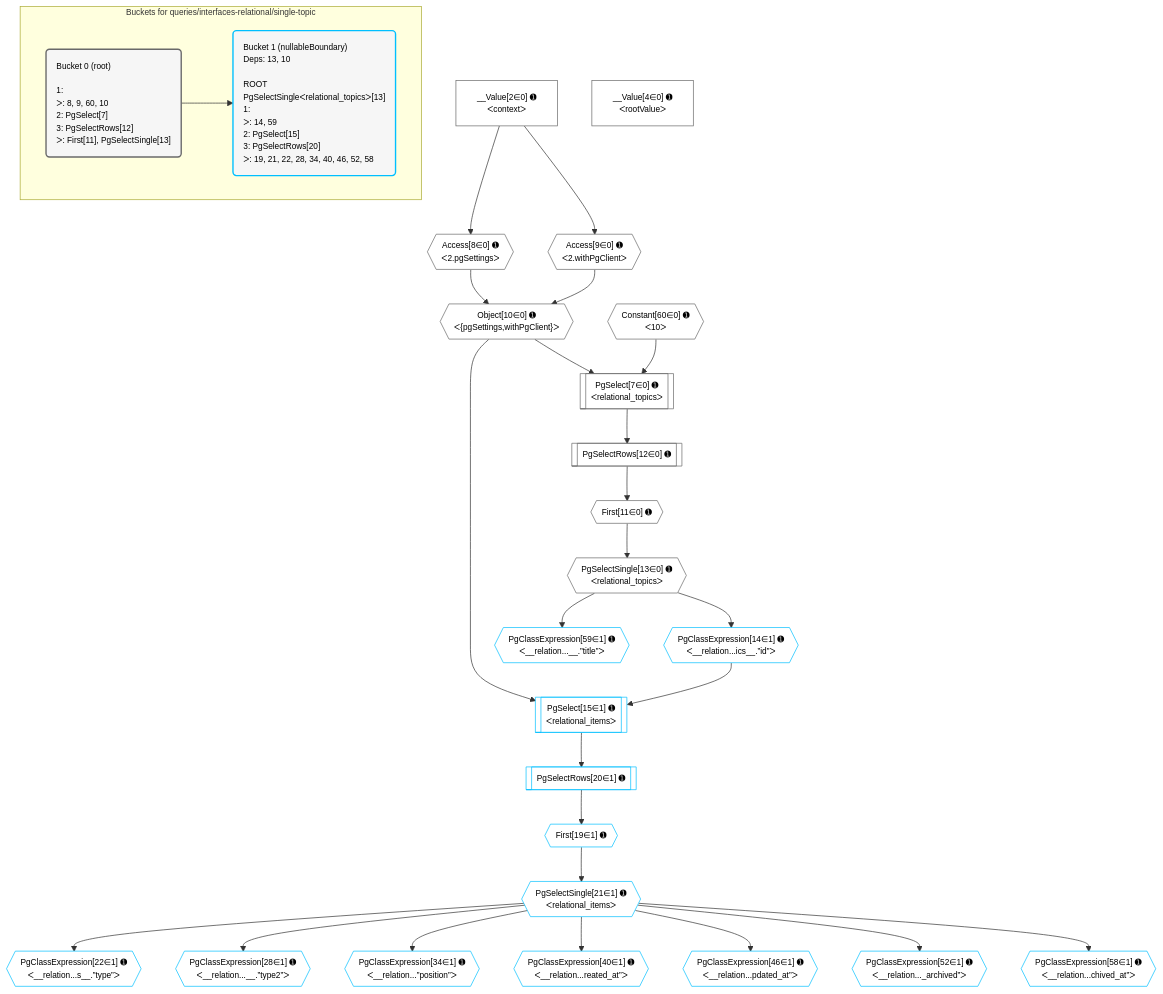
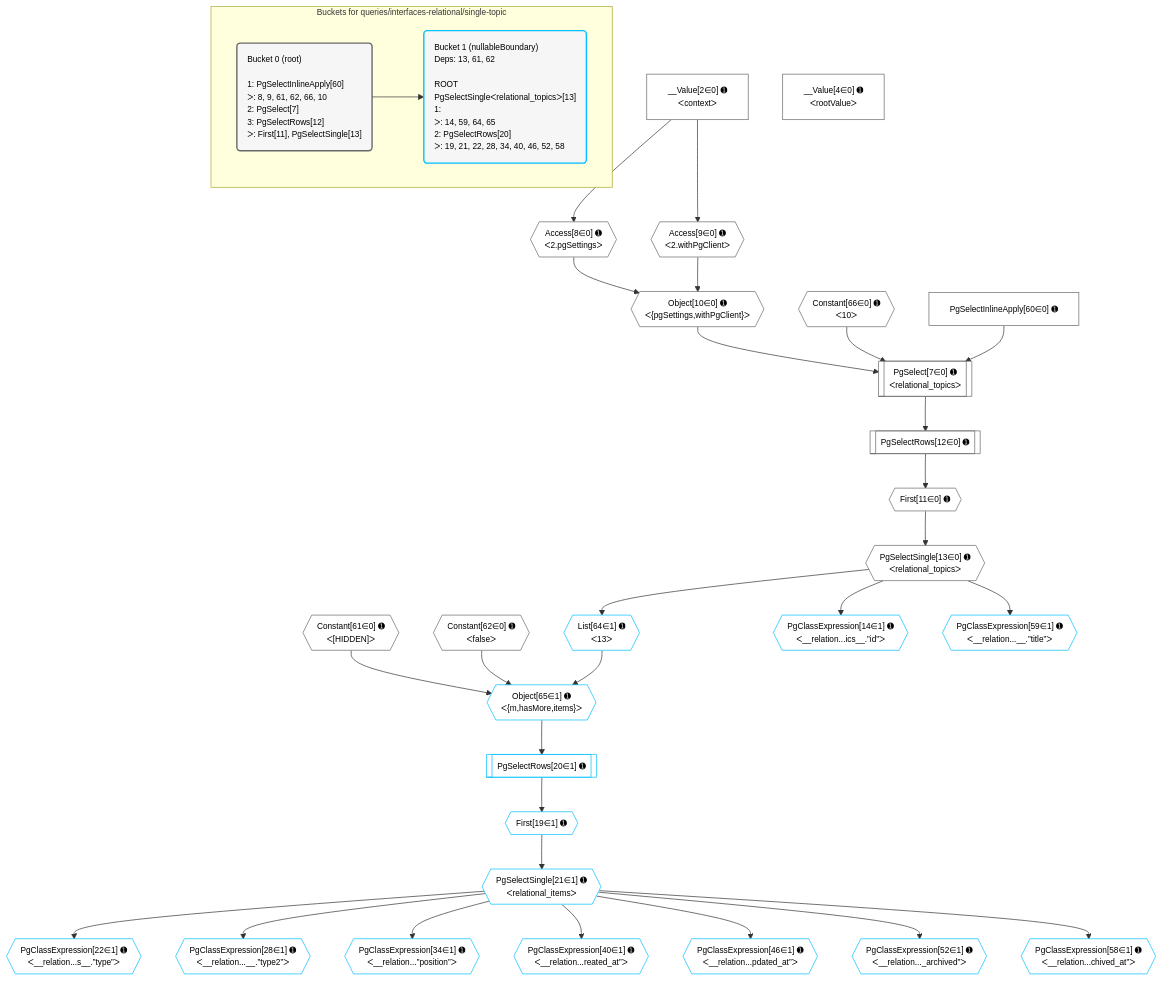
One commit to graphile/crystal changed the diagram in grafast/dataplan-pg/__tests__/queries/interfaces-relational/single-topic.mermaid. Above: the diagram before and after it, drawn with Mermaid. The commit also changed 151 other files, not shown here.

```diff
--- a/grafast/dataplan-pg/__tests__/queries/interfaces-relational/single-topic.mermaid
+++ b/grafast/dataplan-pg/__tests__/queries/interfaces-relational/single-topic.mermaid
@@ -1,66 +1,71 @@
 %%{init: {'themeVariables': { 'fontSize': '12px'}}}%%
 graph TD
     classDef path fill:#eee,stroke:#000,color:#000
     classDef plan fill:#fff,stroke-width:1px,color:#000
     classDef itemplan fill:#fff,stroke-width:2px,color:#000
     classDef unbatchedplan fill:#dff,stroke-width:1px,color:#000
     classDef sideeffectplan fill:#fcc,stroke-width:2px,color:#000
     classDef bucket fill:#f6f6f6,color:#000,stroke-width:2px,text-align:left
 
 
     %% plan dependencies
     PgSelect7[["PgSelect[7∈0] ➊<br />ᐸrelational_topicsᐳ"]]:::plan
     Object10{{"Object[10∈0] ➊<br />ᐸ{pgSettings,withPgClient}ᐳ"}}:::plan
-    Constant60{{"Constant[60∈0] ➊<br />ᐸ10ᐳ"}}:::plan
-    Object10 & Constant60 --> PgSelect7
+    Constant66{{"Constant[66∈0] ➊<br />ᐸ10ᐳ"}}:::plan
+    PgSelectInlineApply60["PgSelectInlineApply[60∈0] ➊"]:::plan
+    Object10 & Constant66 & PgSelectInlineApply60 --> PgSelect7
     Access8{{"Access[8∈0] ➊<br />ᐸ2.pgSettingsᐳ"}}:::plan
     Access9{{"Access[9∈0] ➊<br />ᐸ2.withPgClientᐳ"}}:::plan
     Access8 & Access9 --> Object10
     __Value2["__Value[2∈0] ➊<br />ᐸcontextᐳ"]:::plan
     __Value2 --> Access8
     __Value2 --> Access9
     First11{{"First[11∈0] ➊"}}:::plan
     PgSelectRows12[["PgSelectRows[12∈0] ➊"]]:::plan
     PgSelectRows12 --> First11
     PgSelect7 --> PgSelectRows12
     PgSelectSingle13{{"PgSelectSingle[13∈0] ➊<br />ᐸrelational_topicsᐳ"}}:::plan
     First11 --> PgSelectSingle13
     __Value4["__Value[4∈0] ➊<br />ᐸrootValueᐳ"]:::plan
-    PgSelect15[["PgSelect[15∈1] ➊<br />ᐸrelational_itemsᐳ"]]:::plan
+    Constant61{{"Constant[61∈0] ➊<br />ᐸ[HIDDEN]ᐳ"}}:::plan
+    Constant62{{"Constant[62∈0] ➊<br />ᐸfalseᐳ"}}:::plan
+    Object65{{"Object[65∈1] ➊<br />ᐸ{m,hasMore,items}ᐳ"}}:::plan
+    List64{{"List[64∈1] ➊<br />ᐸ13ᐳ"}}:::plan
+    Constant61 & Constant62 & List64 --> Object65
     PgClassExpression14{{"PgClassExpression[14∈1] ➊<br />ᐸ__relation...ics__.”id”ᐳ"}}:::plan
-    Object10 & PgClassExpression14 --> PgSelect15
     PgSelectSingle13 --> PgClassExpression14
     First19{{"First[19∈1] ➊"}}:::plan
     PgSelectRows20[["PgSelectRows[20∈1] ➊"]]:::plan
     PgSelectRows20 --> First19
-    PgSelect15 --> PgSelectRows20
+    Object65 --> PgSelectRows20
     PgSelectSingle21{{"PgSelectSingle[21∈1] ➊<br />ᐸrelational_itemsᐳ"}}:::plan
     First19 --> PgSelectSingle21
     PgClassExpression22{{"PgClassExpression[22∈1] ➊<br />ᐸ__relation...s__.”type”ᐳ"}}:::plan
     PgSelectSingle21 --> PgClassExpression22
     PgClassExpression28{{"PgClassExpression[28∈1] ➊<br />ᐸ__relation...__.”type2”ᐳ"}}:::plan
     PgSelectSingle21 --> PgClassExpression28
     PgClassExpression34{{"PgClassExpression[34∈1] ➊<br />ᐸ__relation...”position”ᐳ"}}:::plan
     PgSelectSingle21 --> PgClassExpression34
     PgClassExpression40{{"PgClassExpression[40∈1] ➊<br />ᐸ__relation...reated_at”ᐳ"}}:::plan
     PgSelectSingle21 --> PgClassExpression40
     PgClassExpression46{{"PgClassExpression[46∈1] ➊<br />ᐸ__relation...pdated_at”ᐳ"}}:::plan
     PgSelectSingle21 --> PgClassExpression46
     PgClassExpression52{{"PgClassExpression[52∈1] ➊<br />ᐸ__relation..._archived”ᐳ"}}:::plan
     PgSelectSingle21 --> PgClassExpression52
     PgClassExpression58{{"PgClassExpression[58∈1] ➊<br />ᐸ__relation...chived_at”ᐳ"}}:::plan
     PgSelectSingle21 --> PgClassExpression58
     PgClassExpression59{{"PgClassExpression[59∈1] ➊<br />ᐸ__relation...__.”title”ᐳ"}}:::plan
     PgSelectSingle13 --> PgClassExpression59
+    PgSelectSingle13 --> List64
 
     %% define steps
 
     subgraph "Buckets for queries/interfaces-relational/single-topic"
-    Bucket0("Bucket 0 (root)<br /><br />1: <br />ᐳ: 8, 9, 60, 10<br />2: PgSelect[7]<br />3: PgSelectRows[12]<br />ᐳ: First[11], PgSelectSingle[13]"):::bucket
+    Bucket0("Bucket 0 (root)<br /><br />1: PgSelectInlineApply[60]<br />ᐳ: 8, 9, 61, 62, 66, 10<br />2: PgSelect[7]<br />3: PgSelectRows[12]<br />ᐳ: First[11], PgSelectSingle[13]"):::bucket
     classDef bucket0 stroke:#696969
-    class Bucket0,__Value2,__Value4,PgSelect7,Access8,Access9,Object10,First11,PgSelectRows12,PgSelectSingle13,Constant60 bucket0
-    Bucket1("Bucket 1 (nullableBoundary)<br />Deps: 13, 10<br /><br />ROOT PgSelectSingleᐸrelational_topicsᐳ[13]<br />1: <br />ᐳ: 14, 59<br />2: PgSelect[15]<br />3: PgSelectRows[20]<br />ᐳ: 19, 21, 22, 28, 34, 40, 46, 52, 58"):::bucket
+    class Bucket0,__Value2,__Value4,PgSelect7,Access8,Access9,Object10,First11,PgSelectRows12,PgSelectSingle13,PgSelectInlineApply60,Constant61,Constant62,Constant66 bucket0
+    Bucket1("Bucket 1 (nullableBoundary)<br />Deps: 13, 61, 62<br /><br />ROOT PgSelectSingleᐸrelational_topicsᐳ[13]<br />1: <br />ᐳ: 14, 59, 64, 65<br />2: PgSelectRows[20]<br />ᐳ: 19, 21, 22, 28, 34, 40, 46, 52, 58"):::bucket
     classDef bucket1 stroke:#00bfff
-    class Bucket1,PgClassExpression14,PgSelect15,First19,PgSelectRows20,PgSelectSingle21,PgClassExpression22,PgClassExpression28,PgClassExpression34,PgClassExpression40,PgClassExpression46,PgClassExpression52,PgClassExpression58,PgClassExpression59 bucket1
+    class Bucket1,PgClassExpression14,First19,PgSelectRows20,PgSelectSingle21,PgClassExpression22,PgClassExpression28,PgClassExpression34,PgClassExpression40,PgClassExpression46,PgClassExpression52,PgClassExpression58,PgClassExpression59,List64,Object65 bucket1
     Bucket0 --> Bucket1
     end
```
